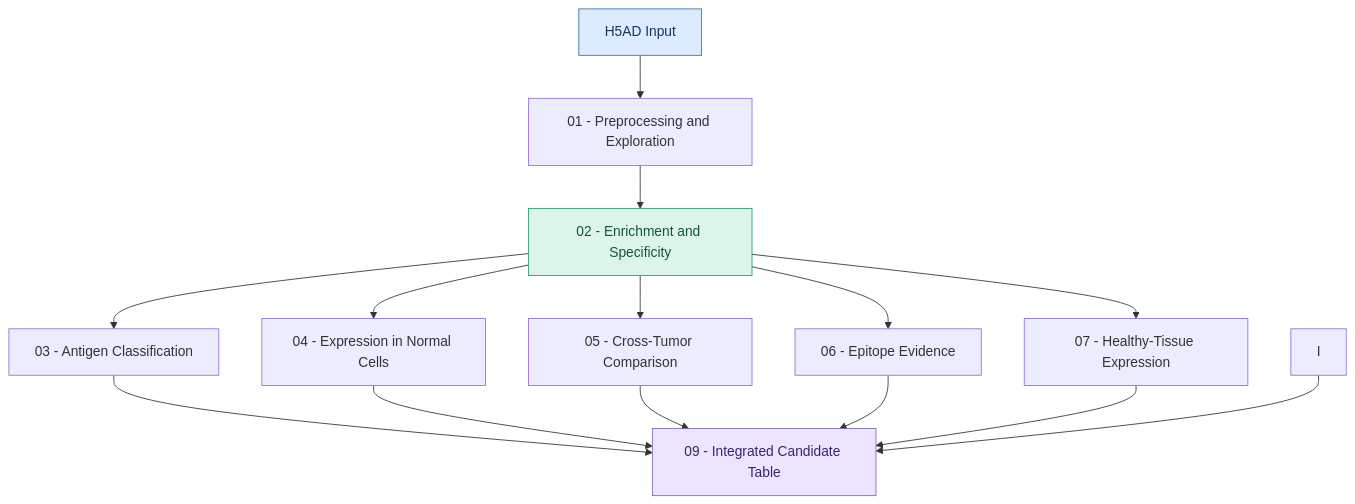
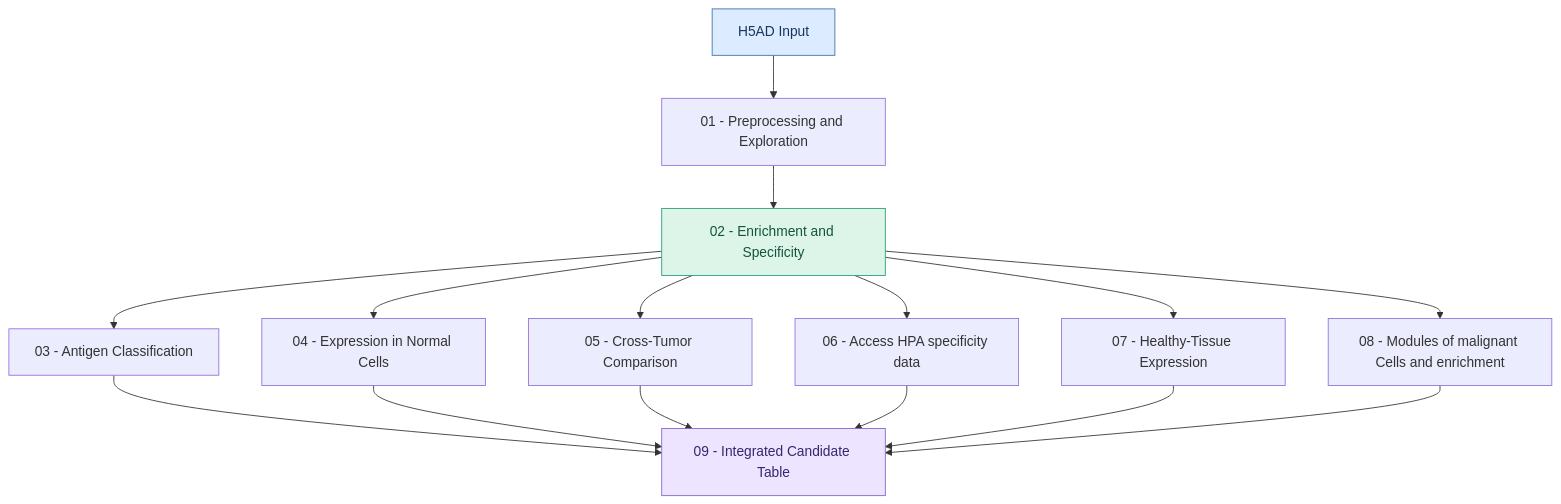
One commit to LIIA-edu/tumor-antigen-pipeline changed the diagram in README.md. Above: the diagram before and after it, drawn with Mermaid.

````diff
--- a/README.md
+++ b/README.md
@@ -28,22 +28,23 @@
 ```mermaid
 flowchart TD
     A["H5AD Input"] --> B["01 - Preprocessing and Exploration"]
     B --> C["02 - Enrichment and Specificity"]
 
     C --> D["03 - Antigen Classification"]
     C --> E["04 - Expression in Normal Cells"]
     C --> F["05 - Cross-Tumor Comparison"]
-    C --> G["06 - Epitope Evidence"]
+    C --> G["06 - Access HPA specificity data"]
     C --> H["07 - Healthy-Tissue Expression"]
+    C --> I["08 - Modules of malignant Cells and enrichment"]
 
     D --> J["09 - Integrated Candidate Table"]
     E --> J
     F --> J
     G --> J
     H --> J
     I --> J
 
     style A fill:#DCEBFF,stroke:#3973AC,color:#17365D
     style C fill:#DDF5E9,stroke:#269B73,color:#14543F
     style J fill:#EDE5FF,stroke:#8064C9,color:#38256F
 ```
````
